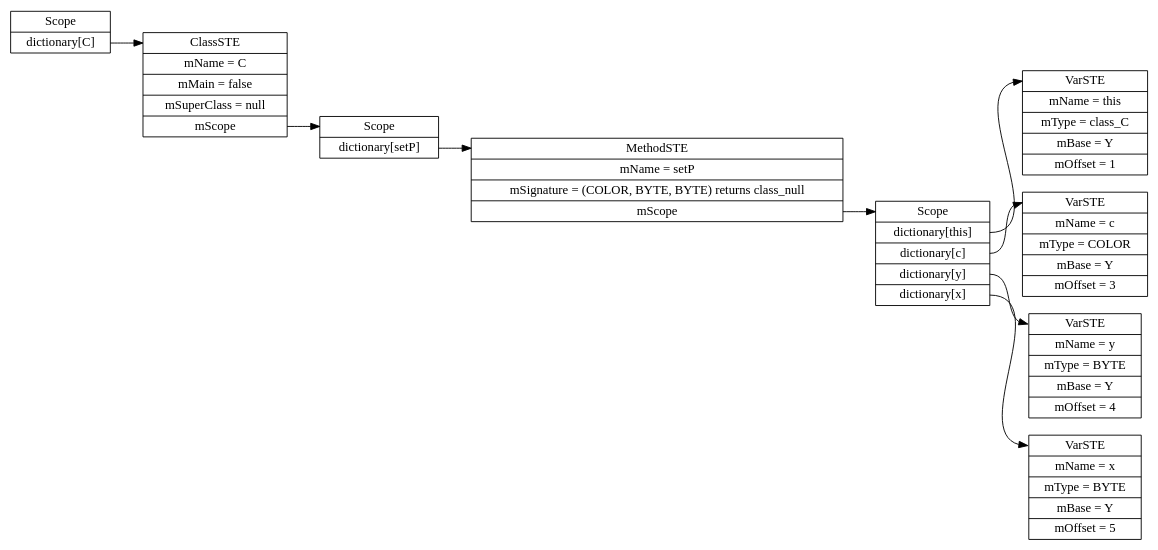
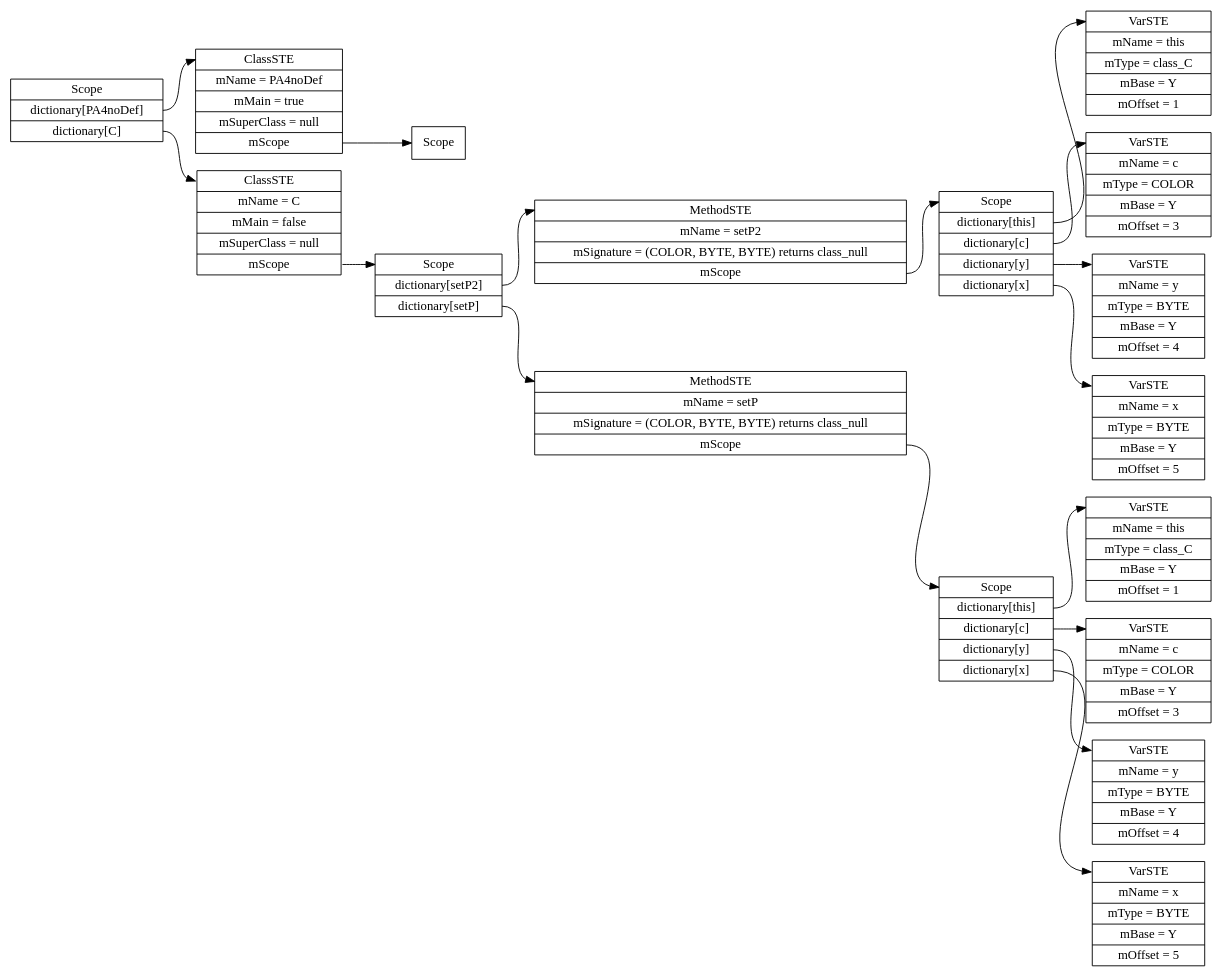
The diagram in tst/PA4noDef.java.ST.dot (karmaUdel/Meggy-Java-Compiler), drawn with Graphviz before and after one commit. The commit also changed 10 other files, not shown here.

```diff
--- a/tst/PA4noDef.java.ST.dot
+++ b/tst/PA4noDef.java.ST.dot
@@ -1,21 +1,37 @@
 digraph SymTable {
 	graph [rankdir="LR"];
 	node [shape=record];
-	0 [label=" <f0> Scope | <f1> dictionary\[C\] "];
+	0 [label=" <f0> Scope | <f1> dictionary\[PA4noDef\] | <f2> dictionary\[C\] "];
 	0:<f1> -> 1:<f0>;
-	1 [label=" <f0> ClassSTE | <f1> mName = C| <f2> mMain = false| <f3> mSuperClass = null| <f4> mScope "];
+	1 [label=" <f0> ClassSTE | <f1> mName = PA4noDef| <f2> mMain = true| <f3> mSuperClass = null| <f4> mScope "];
 	1:<f4> -> 2:<f0>;
-	2 [label=" <f0> Scope | <f1> dictionary\[setP\] "];
-	2:<f1> -> 3:<f0>;
-	3 [label=" <f0> MethodSTE | <f1> mName = setP| <f2> mSignature = (COLOR, BYTE, BYTE) returns class_null| <f3> mScope "];
-	3:<f3> -> 4:<f0>;
-	4 [label=" <f0> Scope | <f1> dictionary\[this\] | <f2> dictionary\[c\] | <f3> dictionary\[y\] | <f4> dictionary\[x\] "];
+	2 [label=" <f0> Scope "];
+	0:<f2> -> 3:<f0>;
+	3 [label=" <f0> ClassSTE | <f1> mName = C| <f2> mMain = false| <f3> mSuperClass = null| <f4> mScope "];
+	3:<f4> -> 4:<f0>;
+	4 [label=" <f0> Scope | <f1> dictionary\[setP2\] | <f2> dictionary\[setP\] "];
 	4:<f1> -> 5:<f0>;
-	5 [label=" <f0> VarSTE | <f1> mName = this| <f2> mType = class_C| <f3> mBase = Y| <f4> mOffset = 1"];
-	4:<f2> -> 6:<f0>;
-	6 [label=" <f0> VarSTE | <f1> mName = c| <f2> mType = COLOR| <f3> mBase = Y| <f4> mOffset = 3"];
-	4:<f3> -> 7:<f0>;
-	7 [label=" <f0> VarSTE | <f1> mName = y| <f2> mType = BYTE| <f3> mBase = Y| <f4> mOffset = 4"];
-	4:<f4> -> 8:<f0>;
-	8 [label=" <f0> VarSTE | <f1> mName = x| <f2> mType = BYTE| <f3> mBase = Y| <f4> mOffset = 5"];
+	5 [label=" <f0> MethodSTE | <f1> mName = setP2| <f2> mSignature = (COLOR, BYTE, BYTE) returns class_null| <f3> mScope "];
+	5:<f3> -> 6:<f0>;
+	6 [label=" <f0> Scope | <f1> dictionary\[this\] | <f2> dictionary\[c\] | <f3> dictionary\[y\] | <f4> dictionary\[x\] "];
+	6:<f1> -> 7:<f0>;
+	7 [label=" <f0> VarSTE | <f1> mName = this| <f2> mType = class_C| <f3> mBase = Y| <f4> mOffset = 1"];
+	6:<f2> -> 8:<f0>;
+	8 [label=" <f0> VarSTE | <f1> mName = c| <f2> mType = COLOR| <f3> mBase = Y| <f4> mOffset = 3"];
+	6:<f3> -> 9:<f0>;
+	9 [label=" <f0> VarSTE | <f1> mName = y| <f2> mType = BYTE| <f3> mBase = Y| <f4> mOffset = 4"];
+	6:<f4> -> 10:<f0>;
+	10 [label=" <f0> VarSTE | <f1> mName = x| <f2> mType = BYTE| <f3> mBase = Y| <f4> mOffset = 5"];
+	4:<f2> -> 11:<f0>;
+	11 [label=" <f0> MethodSTE | <f1> mName = setP| <f2> mSignature = (COLOR, BYTE, BYTE) returns class_null| <f3> mScope "];
+	11:<f3> -> 12:<f0>;
+	12 [label=" <f0> Scope | <f1> dictionary\[this\] | <f2> dictionary\[c\] | <f3> dictionary\[y\] | <f4> dictionary\[x\] "];
+	12:<f1> -> 13:<f0>;
+	13 [label=" <f0> VarSTE | <f1> mName = this| <f2> mType = class_C| <f3> mBase = Y| <f4> mOffset = 1"];
+	12:<f2> -> 14:<f0>;
+	14 [label=" <f0> VarSTE | <f1> mName = c| <f2> mType = COLOR| <f3> mBase = Y| <f4> mOffset = 3"];
+	12:<f3> -> 15:<f0>;
+	15 [label=" <f0> VarSTE | <f1> mName = y| <f2> mType = BYTE| <f3> mBase = Y| <f4> mOffset = 4"];
+	12:<f4> -> 16:<f0>;
+	16 [label=" <f0> VarSTE | <f1> mName = x| <f2> mType = BYTE| <f3> mBase = Y| <f4> mOffset = 5"];
 }
```
